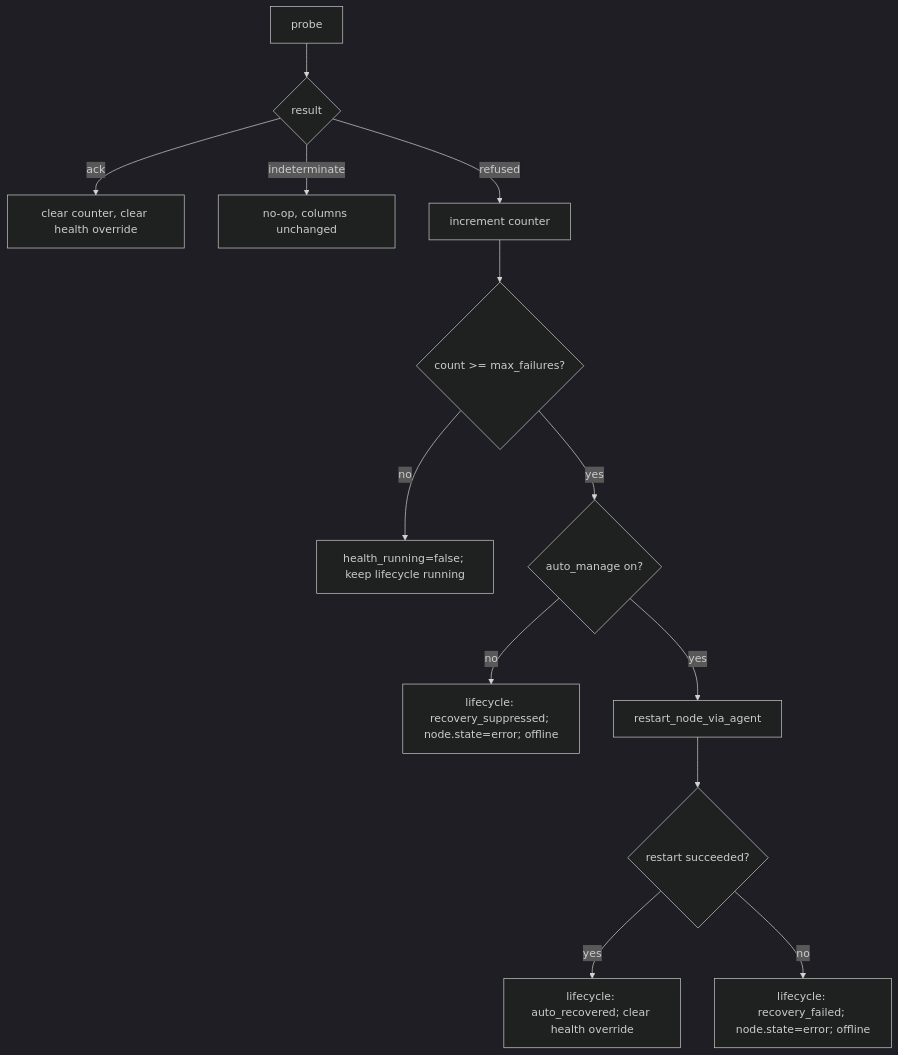
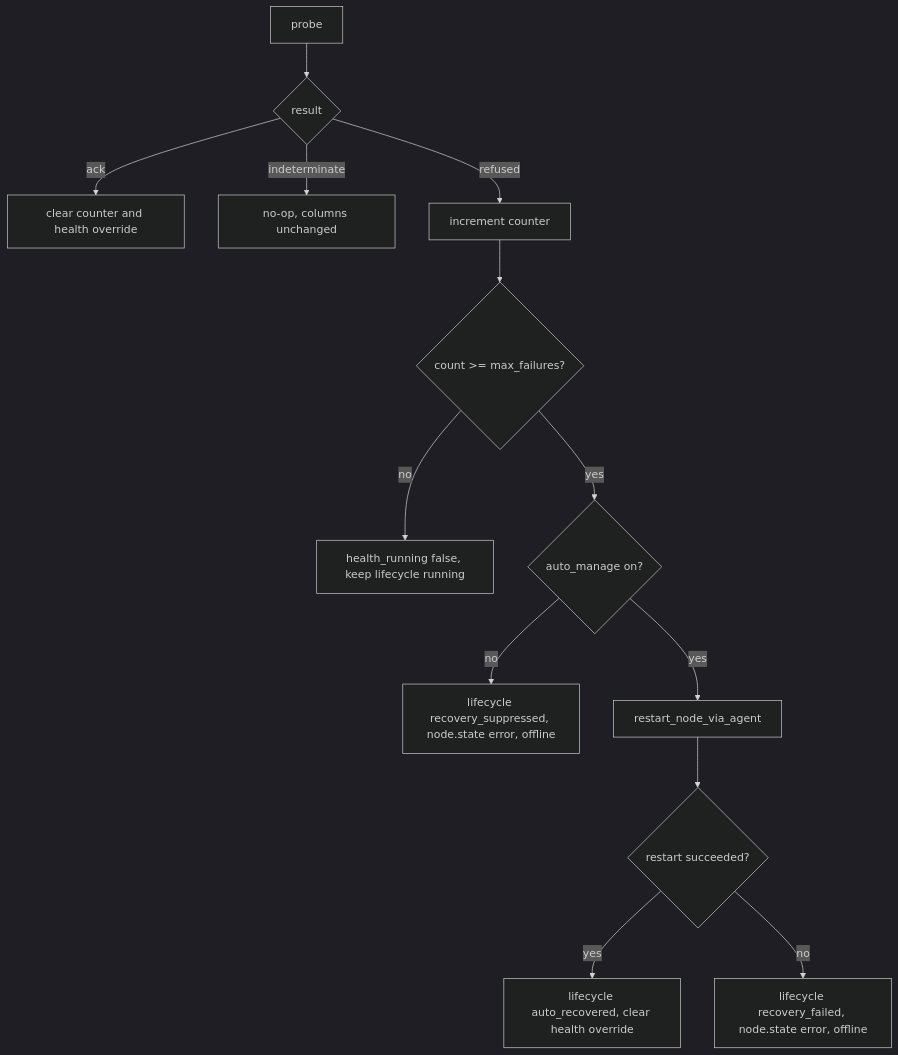
Before and after one commit to quidow/gridfleet: the second of 2 diagrams in docs/design/03-health-and-reconciliation.md, drawn with Mermaid (dark theme). The commit also changed other lines of this file and 5 other files, not shown here.

Commit message:
docs(docs): fix design mermaid diagrams

````diff
--- a/docs/design/03-health-and-reconciliation.md
+++ b/docs/design/03-health-and-reconciliation.md
@@ -158,15 +158,15 @@
 ```mermaid
 flowchart TD
-    A[probe] --> B{result}
-    B -- ack --> C[clear counter, clear health override]
-    B -- indeterminate --> D[no-op, columns unchanged]
-    B -- refused --> E[increment counter]
-    E --> F{count >= max_failures?}
-    F -- no --> G[health_running=false; keep lifecycle running]
-    F -- yes --> H{auto_manage on?}
-    H -- no --> I[lifecycle: recovery_suppressed; node.state=error; offline]
-    H -- yes --> J[restart_node_via_agent]
-    J --> K{restart succeeded?}
-    K -- yes --> L[lifecycle: auto_recovered; clear health override]
-    K -- no --> M[lifecycle: recovery_failed; node.state=error; offline]
+    A["probe"] --> B{"result"}
+    B -- ack --> C["clear counter and health override"]
+    B -- indeterminate --> D["no-op, columns unchanged"]
+    B -- refused --> E["increment counter"]
+    E --> F{"count >= max_failures?"}
+    F -- no --> G["health_running false, keep lifecycle running"]
+    F -- yes --> H{"auto_manage on?"}
+    H -- no --> I["lifecycle recovery_suppressed, node.state error, offline"]
+    H -- yes --> J["restart_node_via_agent"]
+    J --> K{"restart succeeded?"}
+    K -- yes --> L["lifecycle auto_recovered, clear health override"]
+    K -- no --> M["lifecycle recovery_failed, node.state error, offline"]
 ```
````
